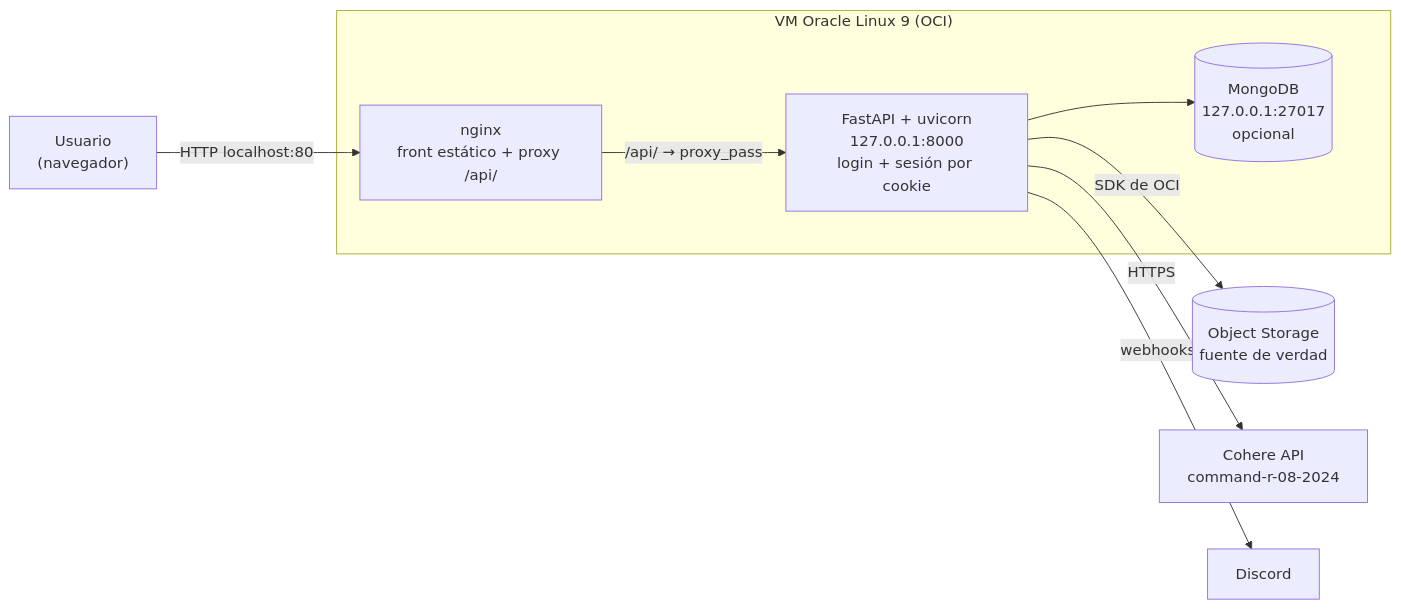
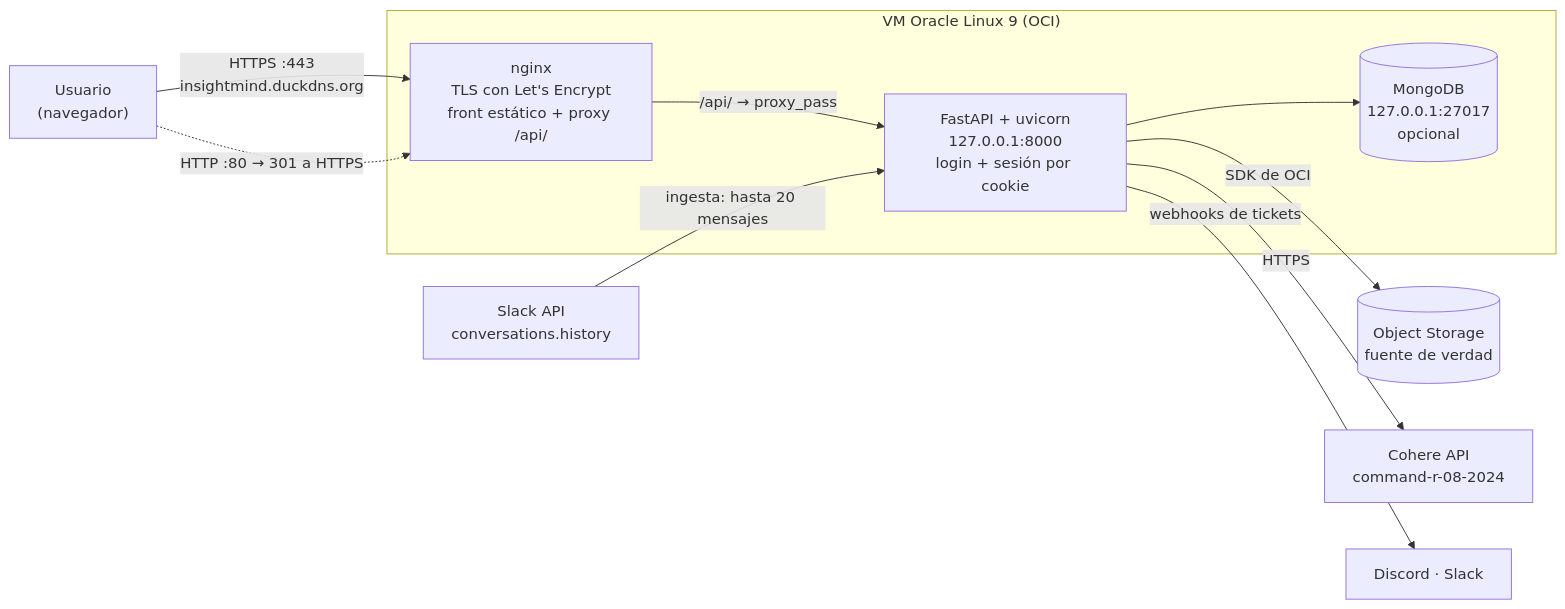
The first of 3 diagrams in README.md (No-Country-simulation/G10-Latam-Equipo51-Power-CommunityLab), drawn with Mermaid before and after one commit. The commit also changed other lines of this file and 17 other files, not shown here.

````diff
--- a/README.md
+++ b/README.md
@@ -59,16 +212,18 @@
 ```mermaid
 flowchart LR
-    U["Usuario<br/>(navegador)"] -->|"HTTP localhost:80"| NGX
+    U["Usuario<br/>(navegador)"] -->|"HTTPS :443<br/>insightmind.duckdns.org"| NGX
+    U -.->|"HTTP :80 → 301 a HTTPS"| NGX
 
     subgraph VM["VM Oracle Linux 9 (OCI)"]
-        NGX["nginx<br/>front estático + proxy /api/"]
+        NGX["nginx<br/>TLS con Let's Encrypt<br/>front estático + proxy /api/"]
         API["FastAPI + uvicorn<br/>127.0.0.1:8000<br/>login + sesión por cookie"]
         MDB[("MongoDB<br/>127.0.0.1:27017<br/>opcional")]
         NGX -->|"/api/ → proxy_pass"| API
         API --> MDB
     end
 
     API -->|"SDK de OCI"| BKT[("Object Storage<br/>fuente de verdad")]
     API -->|"HTTPS"| COH["Cohere API<br/>command-r-08-2024"]
-    API -->|"webhooks"| SD["Discord"]
+    SLK["Slack API<br/>conversations.history"] -->|"ingesta: hasta 20 mensajes"| API
+    API -->|"webhooks de tickets"| SD["Discord · Slack"]
 ```
````
